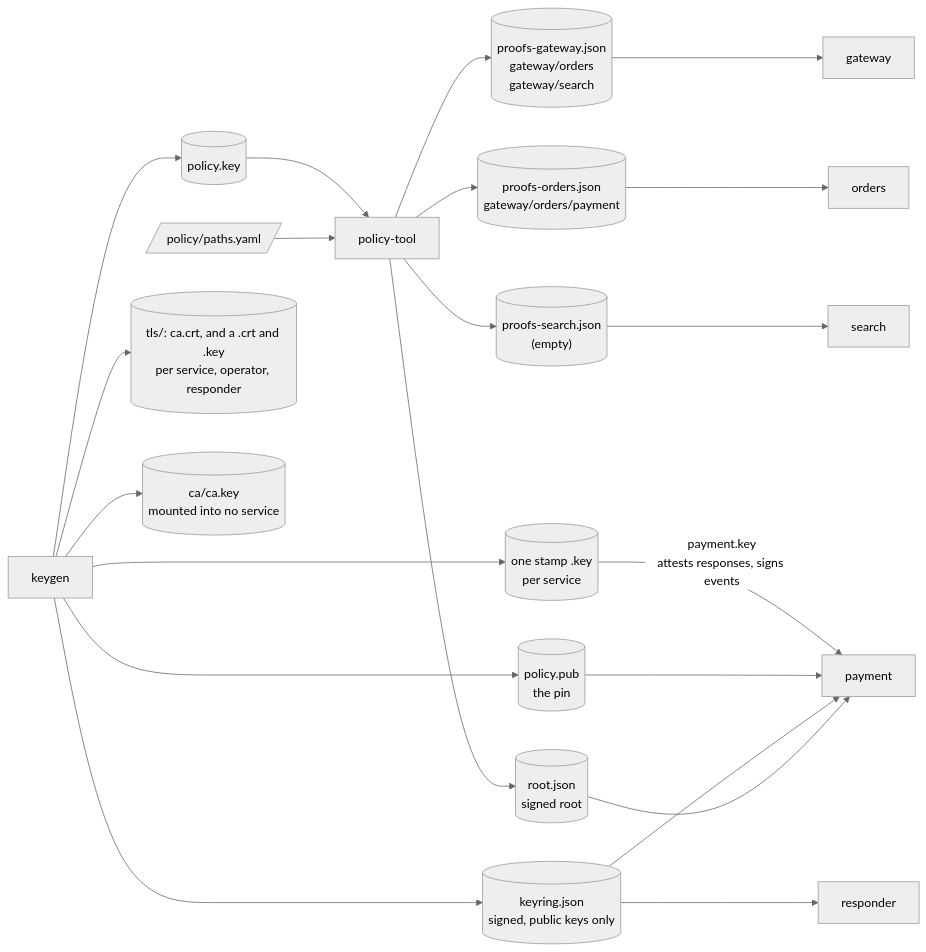
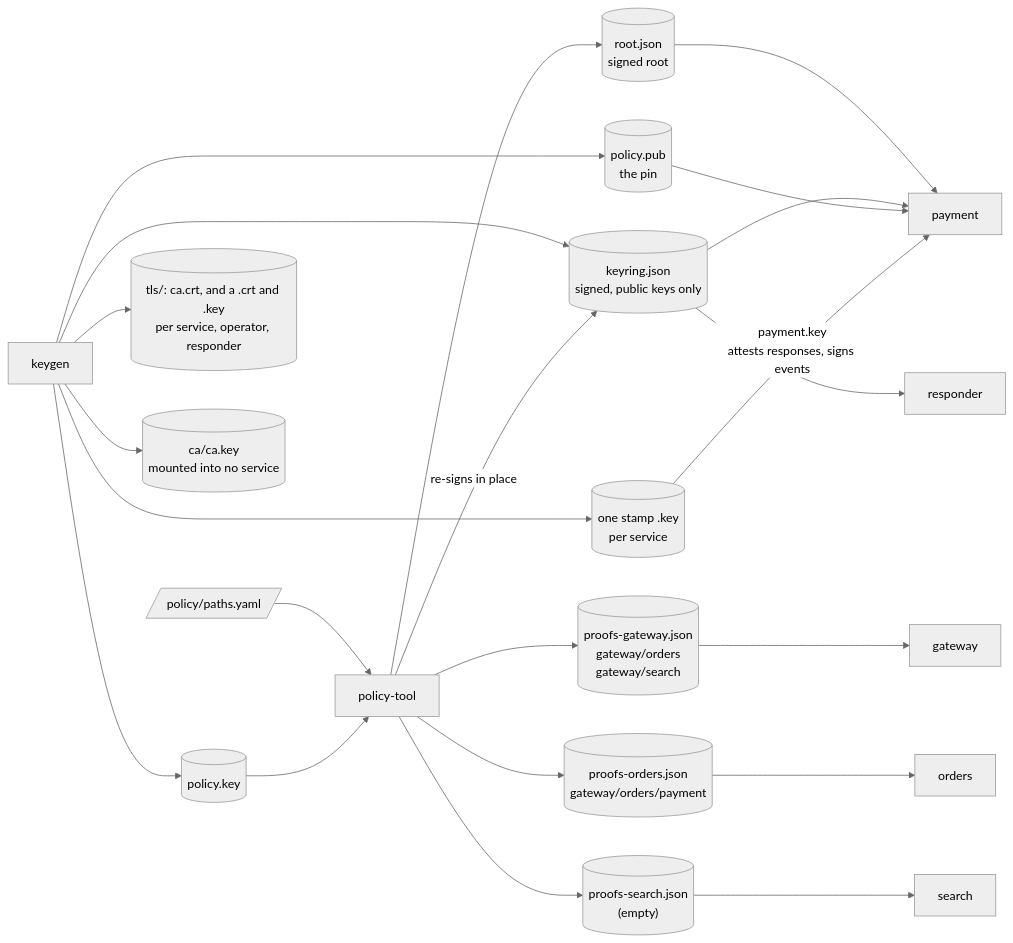
The fourth of 7 diagrams in poc-demos/java-mesh/README.md (dumbsly/paztport), drawn with Mermaid (neutral theme) before and after one commit. The commit also changed other lines of this file and 2 other files, not shown here.

````diff
--- a/poc-demos/java-mesh/README.md
+++ b/poc-demos/java-mesh/README.md
@@ -294,25 +294,26 @@
 ```mermaid
 flowchart LR
     paths[/"policy/paths.yaml"/] --> pt["policy-tool"]
     kg["keygen"] --> polkey[("policy.key")]
     polkey --> pt
     kg --> keyring[("keyring.json<br/>signed, public keys only")]
+    pt -->|"re-signs in place"| keyring
     kg --> pin[("policy.pub<br/>the pin")]
     kg --> privkeys[("one stamp .key<br/>per service")]
     kg --> tls[("tls/: ca.crt, and a .crt and .key<br/>per service, operator, responder")]
     kg --> cakey[("ca/ca.key<br/>mounted into no service")]
 
     pt --> root[("root.json<br/>signed root")]
     pt --> bg[("proofs-gateway.json<br/>gateway/orders<br/>gateway/search")]
     pt --> bo[("proofs-orders.json<br/>gateway/orders/payment")]
     pt --> bs[("proofs-search.json<br/>(empty)")]
 
     root --> payment["payment"]
     keyring --> payment
     pin --> payment
     privkeys -->|"payment.key<br/>attests responses, signs events"| payment
     keyring --> responder["responder"]
     bg --> gateway["gateway"]
     bo --> orders["orders"]
     bs --> search["search"]
 ```
````
